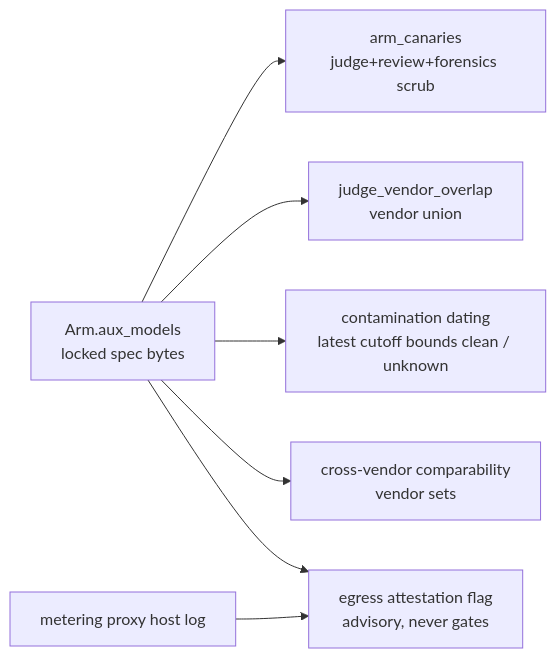
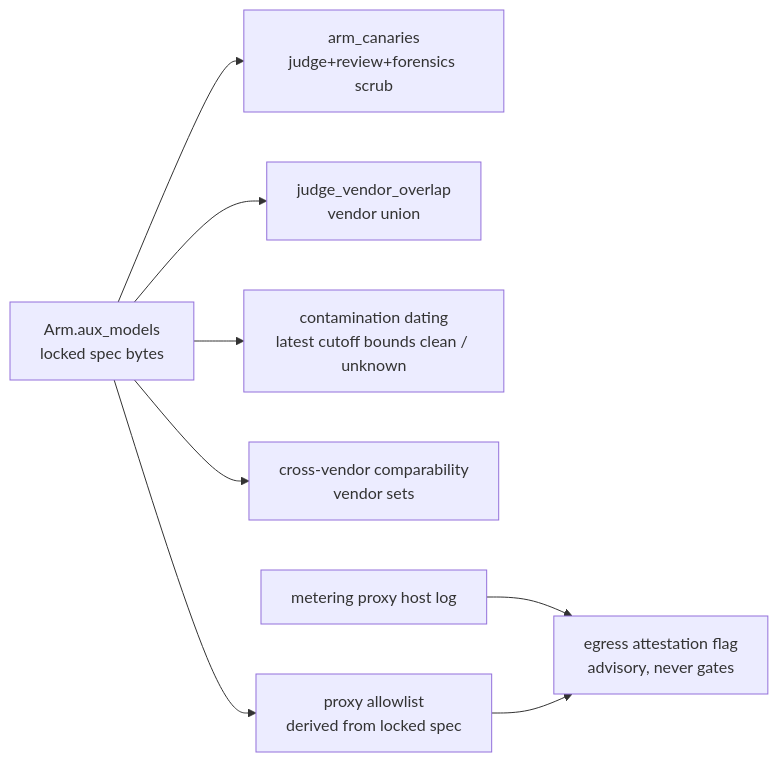
Before and after one commit to jyang234/verdi-bench: the diagram in docs/design/specs/proposed/eval13.spec.md, drawn with Mermaid. The commit also changed other lines of this file and 3 other files, not shown here.

````diff
--- a/docs/design/specs/proposed/eval13.spec.md
+++ b/docs/design/specs/proposed/eval13.spec.md
@@ -168,9 +175,10 @@
 ```mermaid
 flowchart LR
   SP[Arm.aux_models<br/>locked spec bytes] --> BC[arm_canaries<br/>judge+review+forensics scrub]
   SP --> VO[judge_vendor_overlap<br/>vendor union]
   SP --> CD[contamination dating<br/>latest cutoff bounds clean / unknown]
   SP --> CC[cross-vendor comparability<br/>vendor sets]
+  SP --> AL[proxy allowlist<br/>derived from locked spec]
   PX[metering proxy host log] --> EA[egress attestation flag<br/>advisory, never gates]
-  SP --> EA
+  AL --> EA
 ```
````
